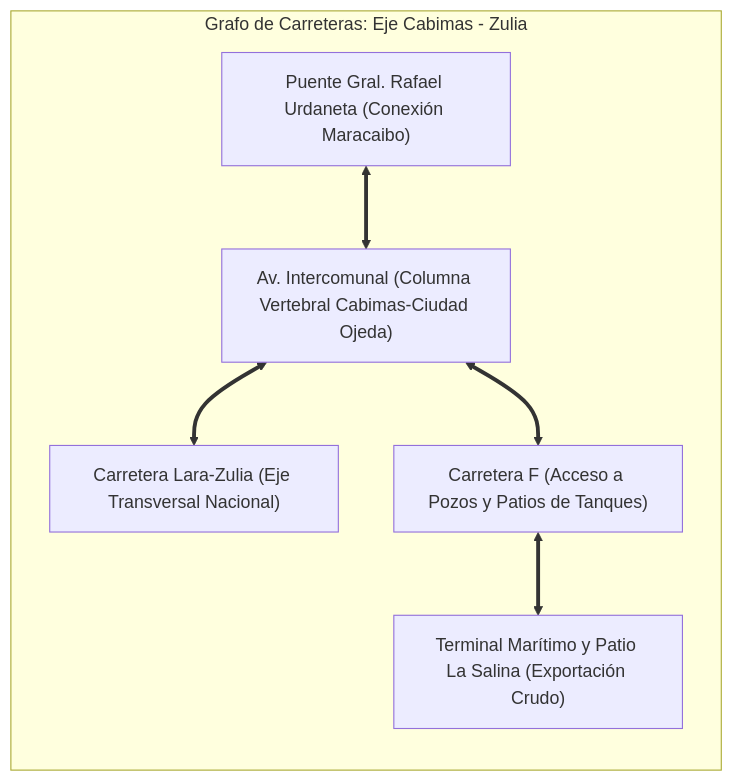
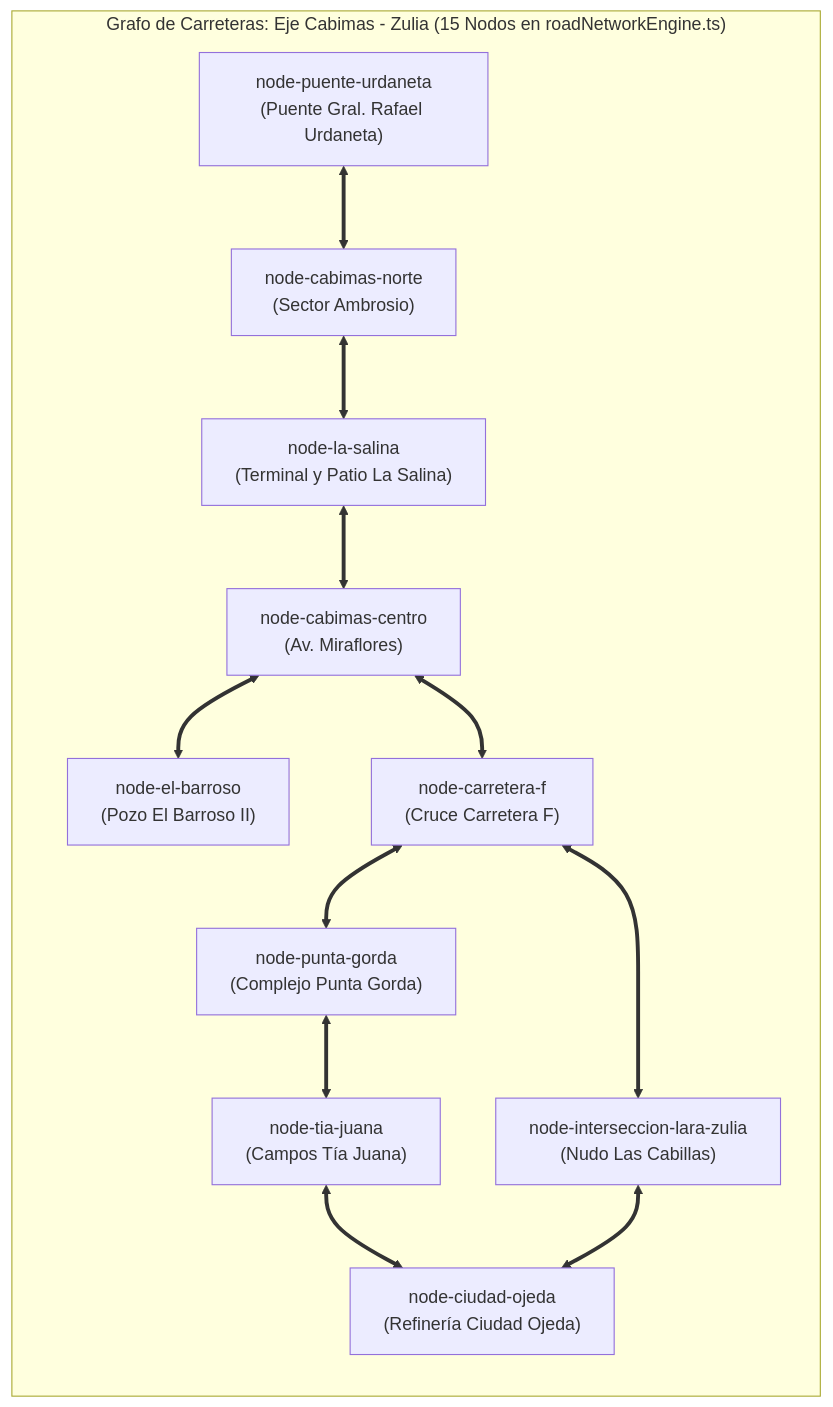
The sixth of 8 diagrams in docs/PROPUESTA_INGENIERIA_MAPA_METAPOLITICA_ALICE_CABIMAS.md (davikisea/GEOTACTICS-ONLINE), drawn with Mermaid before and after one commit. The commit also changed other lines of this file and 352 other files, not shown here.

Commit message:
feat(architecture): migración modular a 4 dominios (@domains/*), consolidación de base de datos y sincronización de suites deterministas

````diff
--- a/docs/PROPUESTA_INGENIERIA_MAPA_METAPOLITICA_ALICE_CABIMAS.md
+++ b/docs/PROPUESTA_INGENIERIA_MAPA_METAPOLITICA_ALICE_CABIMAS.md
@@ -257,15 +275,26 @@
 ```mermaid
 graph LR
-    subgraph CorredorCabimas ["Grafo de Carreteras: Eje Cabimas - Zulia"]
-        Puente["Puente Gral. Rafael Urdaneta (Conexión Maracaibo)"]
-        Intercomunal["Av. Intercomunal (Columna Vertebral Cabimas-Ciudad Ojeda)"]
-        LaraZulia["Carretera Lara-Zulia (Eje Transversal Nacional)"]
-        CarreteraF["Carretera F (Acceso a Pozos y Patios de Tanques)"]
-        TerminalSalina["Terminal Marítimo y Patio La Salina (Exportación Crudo)"]
+    subgraph CorredorCabimas ["Grafo de Carreteras: Eje Cabimas - Zulia (15 Nodos en roadNetworkEngine.ts)"]
+        Puente["node-puente-urdaneta\n(Puente Gral. Rafael Urdaneta)"]
+        CabNorte["node-cabimas-norte\n(Sector Ambrosio)"]
+        TerminalSalina["node-la-salina\n(Terminal y Patio La Salina)"]
+        CabCentro["node-cabimas-centro\n(Av. Miraflores)"]
+        Barroso["node-el-barroso\n(Pozo El Barroso II)"]
+        CarreteraF["node-carretera-f\n(Cruce Carretera F)"]
+        PuntaGorda["node-punta-gorda\n(Complejo Punta Gorda)"]
+        LaraZulia["node-interseccion-lara-zulia\n(Nudo Las Cabillas)"]
+        TiaJuana["node-tia-juana\n(Campos Tía Juana)"]
+        CiudadOjeda["node-ciudad-ojeda\n(Refinería Ciudad Ojeda)"]
 
-        Puente <==> Intercomunal
-        Intercomunal <==> LaraZulia
-        Intercomunal <==> CarreteraF
-        CarreteraF <==> TerminalSalina
+        Puente <==> CabNorte
+        CabNorte <==> TerminalSalina
+        TerminalSalina <==> CabCentro
+        CabCentro <==> Barroso
+        CabCentro <==> CarreteraF
+        CarreteraF <==> LaraZulia
+        CarreteraF <==> PuntaGorda
+        PuntaGorda <==> TiaJuana
+        TiaJuana <==> CiudadOjeda
+        LaraZulia <==> CiudadOjeda
     end
 ```
````
